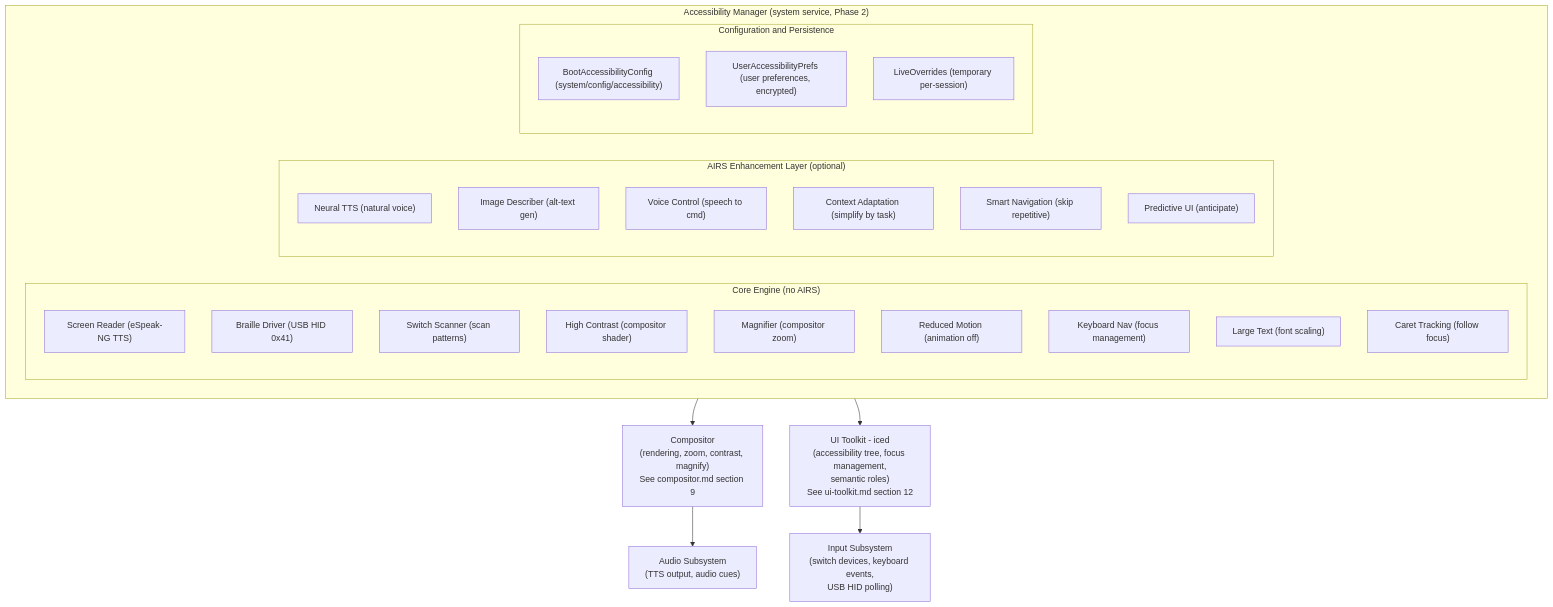
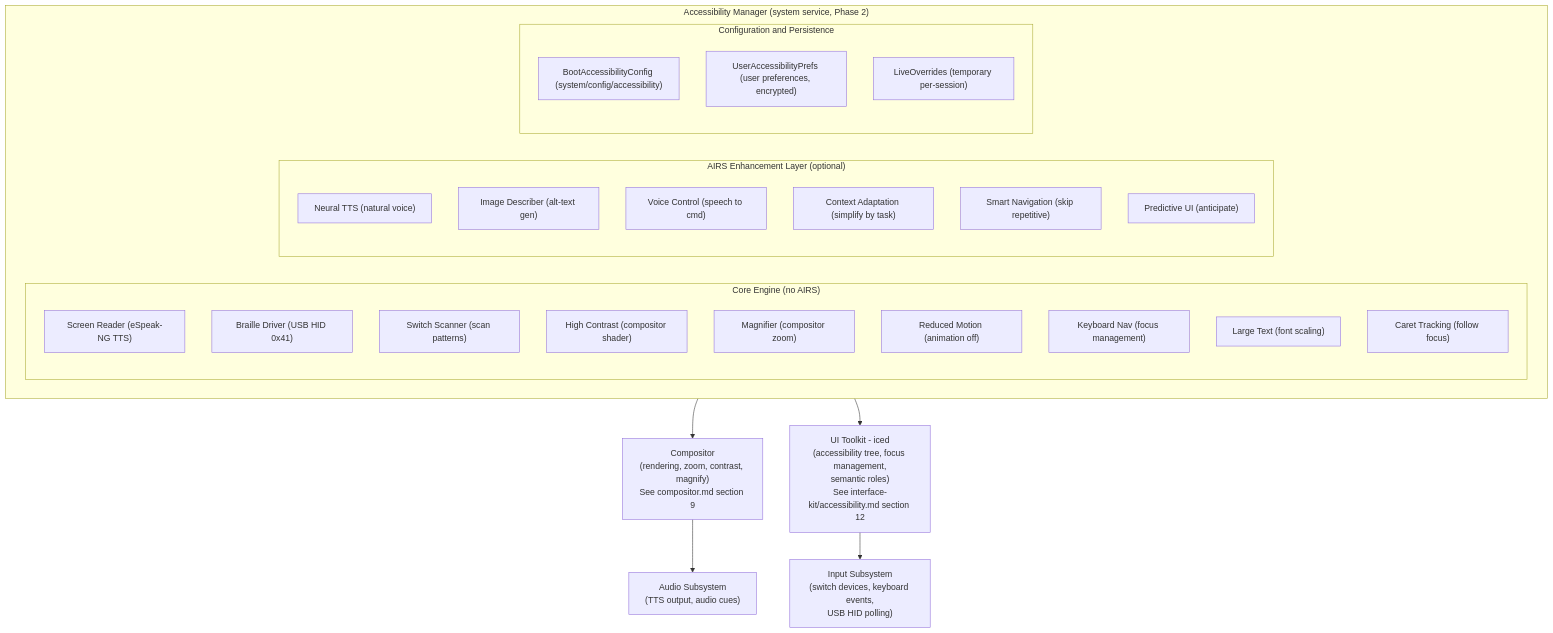
The first of 3 diagrams in docs/experience/accessibility.md (juslee/aios), drawn with Mermaid before and after one commit. The commit also changed other lines of this file and 30 other files, not shown here.

First line of the commit message:
Docs: Rename & update Interface Kit architecture document (#135)

````diff
--- a/docs/experience/accessibility.md
+++ b/docs/experience/accessibility.md
@@ -55,44 +55,44 @@
 ```mermaid
 flowchart TD
     subgraph AM["Accessibility Manager (system service, Phase 2)"]
         subgraph CE["Core Engine (no AIRS)"]
             SR["Screen Reader (eSpeak-NG TTS)"]
             BD["Braille Driver (USB HID 0x41)"]
             SS["Switch Scanner (scan patterns)"]
             HC["High Contrast (compositor shader)"]
             MG["Magnifier (compositor zoom)"]
             RM["Reduced Motion (animation off)"]
             KN["Keyboard Nav (focus management)"]
             LT["Large Text (font scaling)"]
             CT["Caret Tracking (follow focus)"]
         end
 
         subgraph AE["AIRS Enhancement Layer (optional)"]
             NT["Neural TTS (natural voice)"]
             ID["Image Describer (alt-text gen)"]
             VC["Voice Control (speech to cmd)"]
             CA["Context Adaptation (simplify by task)"]
             SN["Smart Navigation (skip repetitive)"]
             PU["Predictive UI (anticipate)"]
         end
 
         subgraph CP["Configuration and Persistence"]
             BAC["BootAccessibilityConfig (system/config/accessibility)"]
             UAP["UserAccessibilityPrefs (user preferences, encrypted)"]
             LO["LiveOverrides (temporary per-session)"]
         end
     end
 
     AM --> Compositor["`Compositor
 (rendering, zoom, contrast, magnify)
 See compositor.md section 9`"]
     AM --> UIToolkit["`UI Toolkit - iced
 (accessibility tree, focus management,
 semantic roles)
-See ui-toolkit.md section 12`"]
+See interface-kit/accessibility.md section 12`"]
     Compositor --> Audio["`Audio Subsystem
 (TTS output, audio cues)`"]
     UIToolkit --> Input["`Input Subsystem
 (switch devices, keyboard events,
 USB HID polling)`"]
 ```
````
